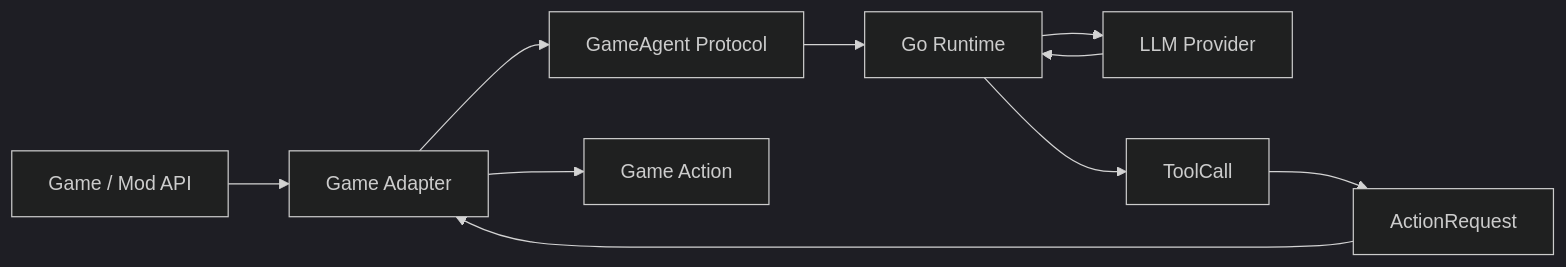
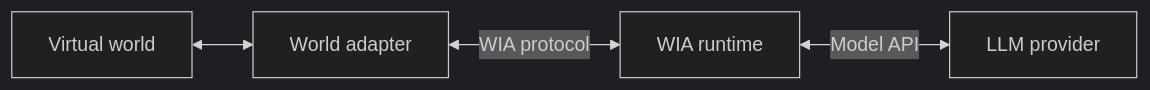
The diagram in README.md (world-is-agent/world-is-agent), drawn with Mermaid (dark theme) before and after one commit. The commit also changed other lines of this file and 10 other files, not shown here.

````diff
--- a/README.md
+++ b/README.md
@@ -9,12 +15,6 @@
 ```mermaid
 flowchart LR
-  Game["Game / Mod API"] --> Adapter["Game Adapter"]
-  Adapter --> Protocol["GameAgent Protocol"]
-  Protocol --> Runtime["Go Runtime"]
-  Runtime --> Provider["LLM Provider"]
-  Provider --> Runtime
-  Runtime --> ToolCall["ToolCall"]
-  ToolCall --> ActionRequest["ActionRequest"]
-  ActionRequest --> Adapter
-  Adapter --> GameAction["Game Action"]
+  World["Virtual world"] <--> Adapter["World adapter"]
+  Adapter <-->|"WIA protocol"| Runtime["WIA runtime"]
+  Runtime <-->|"Model API"| Provider["LLM provider"]
 ```
````
